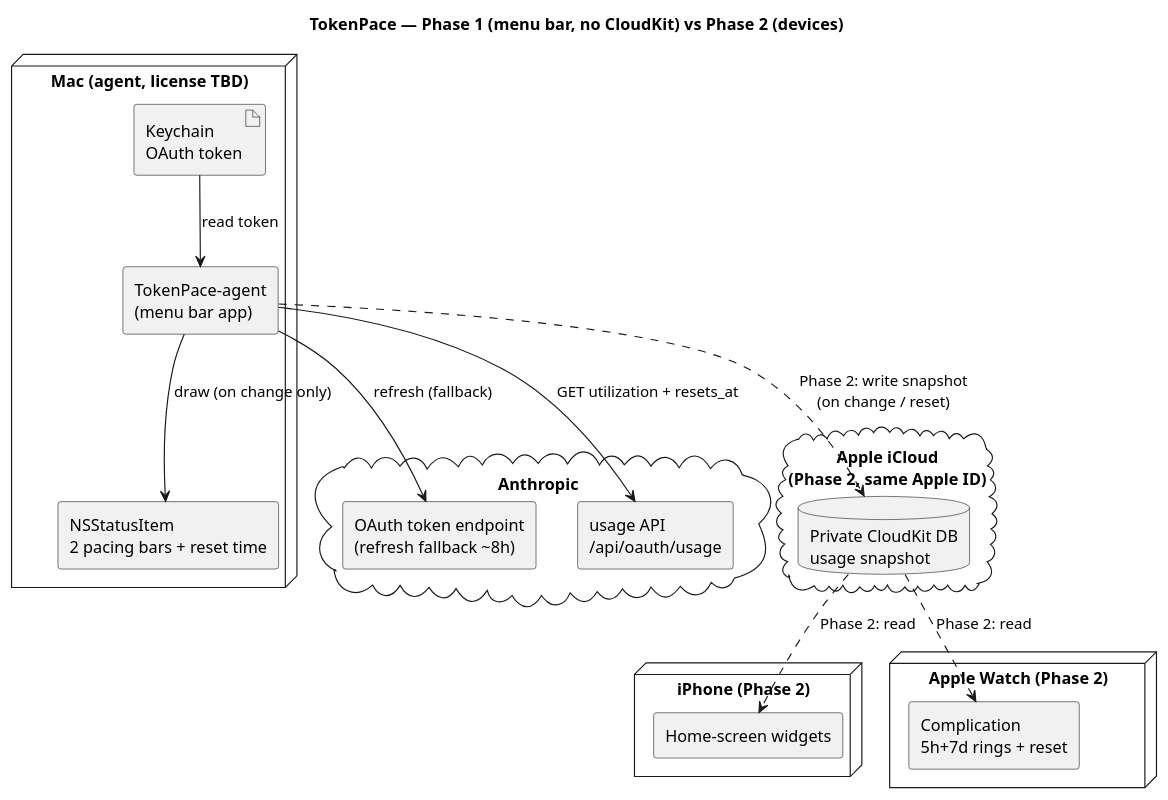
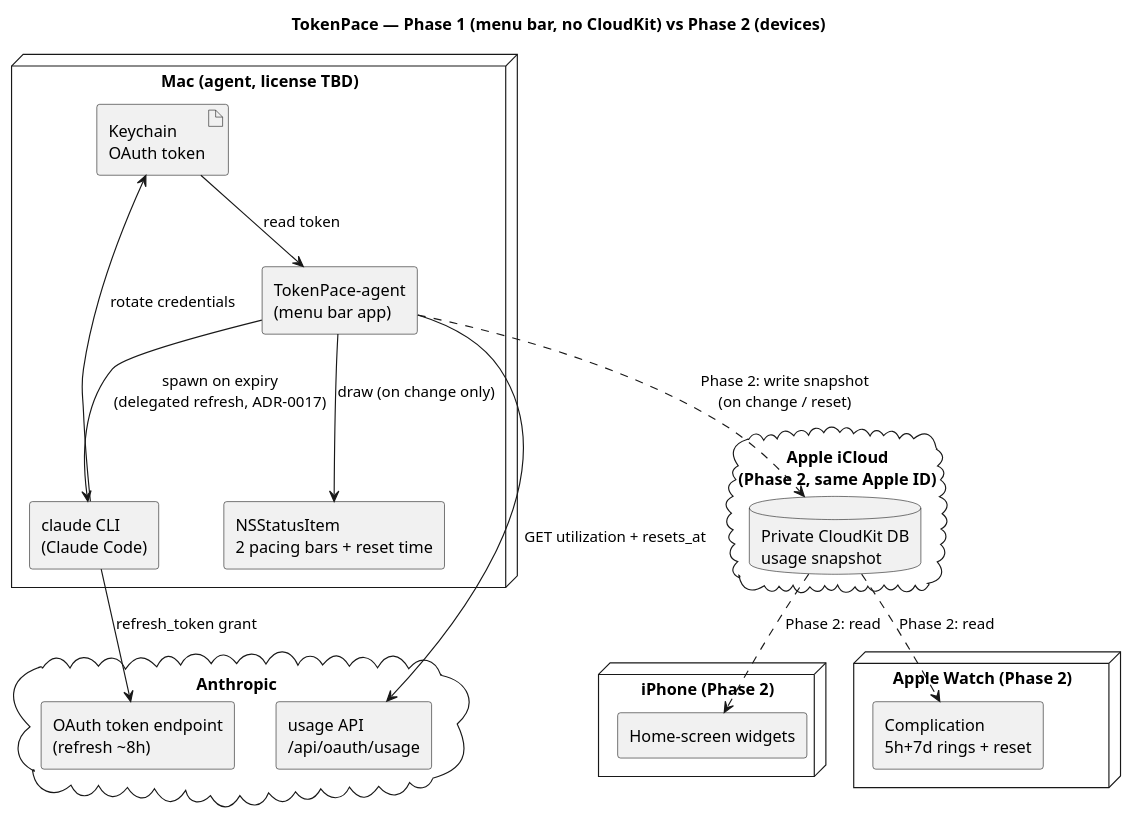
Before and after one commit to artem-from-ua/tokenpace: the diagram in docs/architecture.md, drawn with PlantUML. The commit also changed other lines of this file and 4 other files, not shown here.

First line of the commit message:
docs: ADR-0017 delegated token refresh; sync SPEC/architecture/log-messages (#8)

````diff
--- a/docs/architecture.md
+++ b/docs/architecture.md
@@ -50,38 +50,41 @@
 ```plantuml
 @startuml
 title TokenPace — Phase 1 (menu bar, no CloudKit) vs Phase 2 (devices)
 skinparam componentStyle rectangle
 
 node "Mac (agent, license TBD)" as mac {
   artifact "Keychain\nOAuth token" as kc
   component "TokenPace-agent\n(menu bar app)" as agent
+  component "claude CLI\n(Claude Code)" as cli
   component "NSStatusItem\n2 pacing bars + reset time" as menubar
 }
 
 cloud "Anthropic" {
-  component "OAuth token endpoint\n(refresh fallback ~8h)" as oauth
+  component "OAuth token endpoint\n(refresh ~8h)" as oauth
   component "usage API\n/api/oauth/usage" as usage
 }
 
 cloud "Apple iCloud\n(Phase 2, same Apple ID)" as icloud {
   database "Private CloudKit DB\nusage snapshot" as ck
 }
 
 node "iPhone (Phase 2)" as iphone {
   component "Home-screen widgets" as iwidget
 }
 node "Apple Watch (Phase 2)" as watch {
   component "Complication\n5h+7d rings + reset" as compl
 }
 
 kc --> agent : read token
-agent --> oauth : refresh (fallback)
+agent --> cli : spawn on expiry\n(delegated refresh, ADR-0017)
+cli --> oauth : refresh_token grant
+cli --> kc : rotate credentials
 agent --> usage : GET utilization + resets_at
 agent --> menubar : draw (on change only)
 
 agent ..> ck : Phase 2: write snapshot\n(on change / reset)
 ck ..> iwidget : Phase 2: read
 ck ..> compl : Phase 2: read
 
 @enduml
 ```
````
